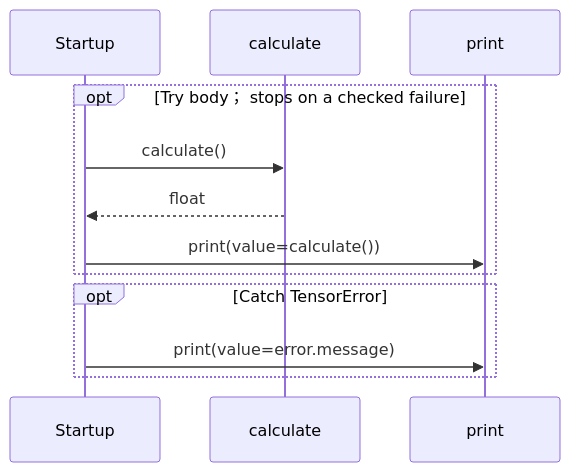
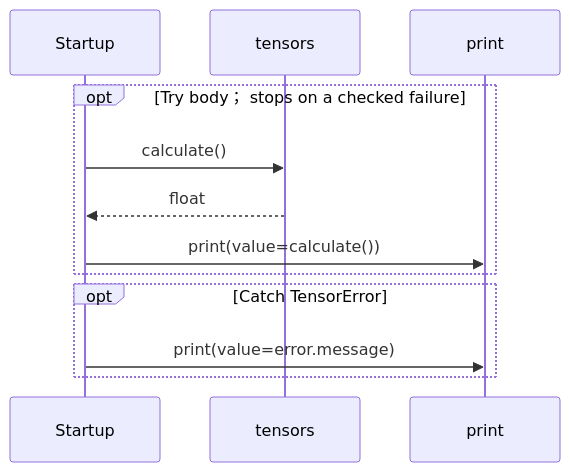
The second of 2 diagrams in docs/examples/native-pytorch/main-diagrams.md (GreenPandaStudios/augscript), drawn with Mermaid before and after one commit. The commit also changed 200 other files, not shown here.

Commit message:
Group imported operations and wrap readable sequence messages

````diff
--- a/docs/examples/native-pytorch/main-diagrams.md
+++ b/docs/examples/native-pytorch/main-diagrams.md
@@ -39,14 +39,14 @@
 ```mermaid
 sequenceDiagram
     participant p0 as Startup
-    participant p1 as calculate
+    participant p1 as tensors
     participant p2 as print
     opt Try body； stops on a checked failure
     p0->>p1: calculate()
     p1-->>p0: float
     p0->>p2: print(value=calculate())
     end
     opt Catch TensorError
     p0->>p2: print(value=error.message)
     end
 ```
````
